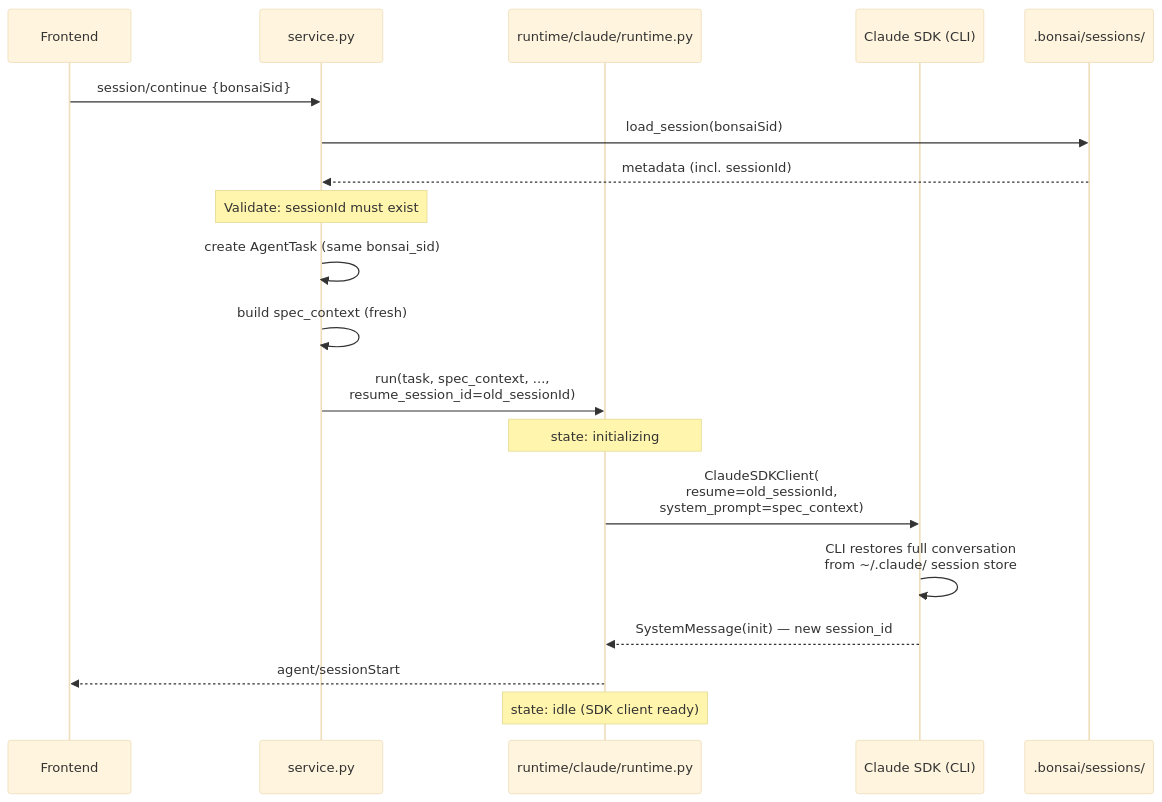
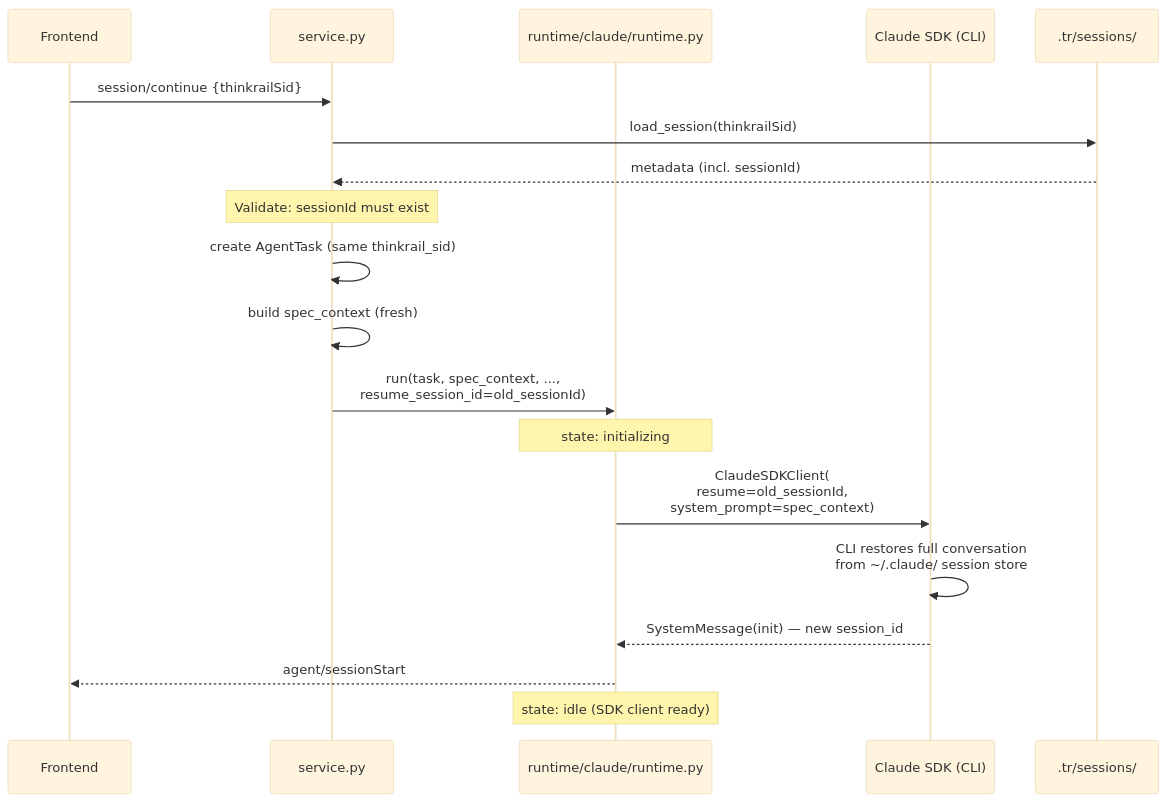
The fourth of 5 diagrams in backend/app/agent/README.md (JetBrains/thinkrail), drawn with Mermaid (base theme) before and after one commit. The commit also changed other lines of this file and 372 other files, not shown here.

````diff
--- a/backend/app/agent/README.md
+++ b/backend/app/agent/README.md
@@ -181,26 +181,26 @@
 ```mermaid
 sequenceDiagram
     participant F as Frontend
     participant Svc as service.py
     participant R as runtime/claude/runtime.py
     participant SDK as Claude SDK (CLI)
-    participant Disk as .bonsai/sessions/
+    participant Disk as .tr/sessions/
 
-    F->>Svc: session/continue {bonsaiSid}
-    Svc->>Disk: load_session(bonsaiSid)
+    F->>Svc: session/continue {thinkrailSid}
+    Svc->>Disk: load_session(thinkrailSid)
     Disk-->>Svc: metadata (incl. sessionId)
 
     Note over Svc: Validate: sessionId must exist
 
-    Svc->>Svc: create AgentTask (same bonsai_sid)
+    Svc->>Svc: create AgentTask (same thinkrail_sid)
     Svc->>Svc: build spec_context (fresh)
     Svc->>R: run(task, spec_context, ...,<br/>resume_session_id=old_sessionId)
 
     Note over R: state: initializing
     R->>SDK: ClaudeSDKClient(<br/>  resume=old_sessionId,<br/>  system_prompt=spec_context)
     SDK->>SDK: CLI restores full conversation<br/>from ~/.claude/ session store
     SDK-->>R: SystemMessage(init) — new session_id
 
     R-->>F: agent/sessionStart
     Note over R: state: idle (SDK client ready)
 ```
````
